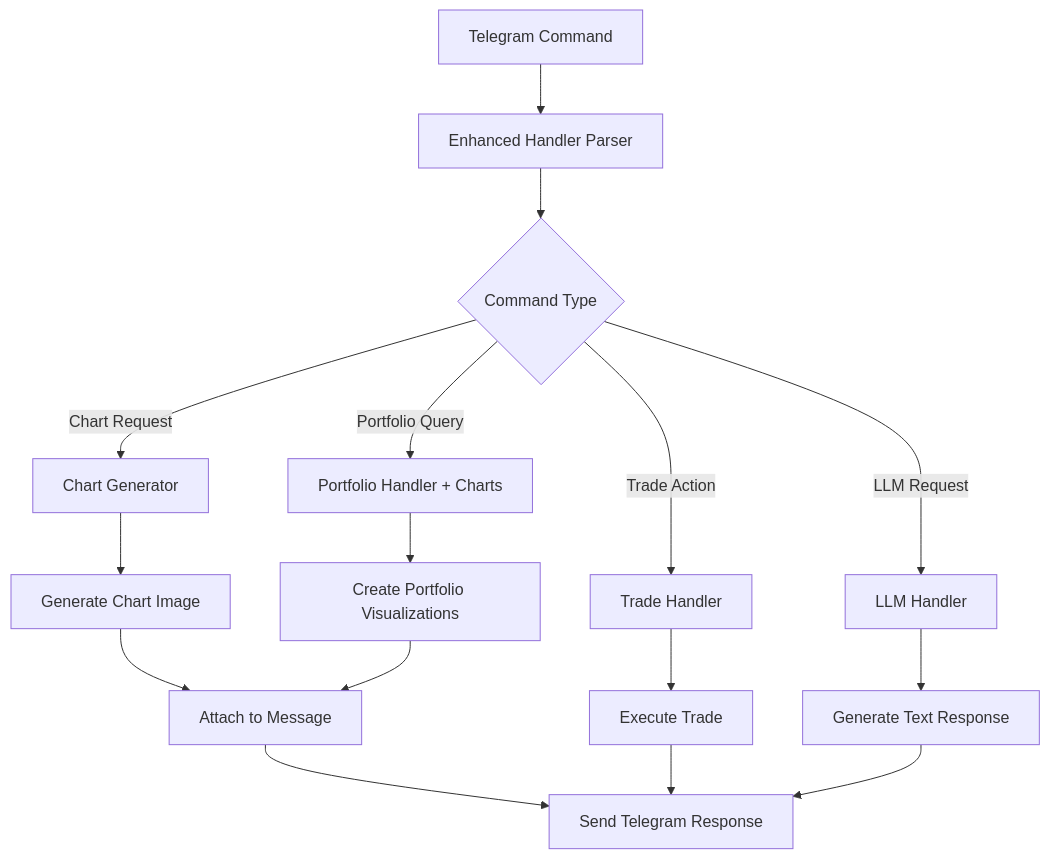
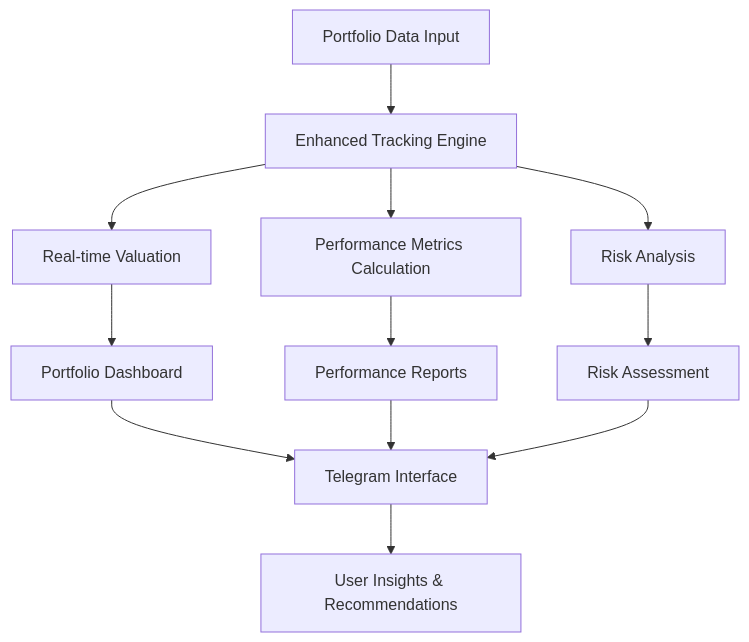
Before and after one commit to ZengSeng/telegram-bot: the third of 7 diagrams in .qoder/repowiki/en/content/Core Components/Stock Trading Bot.md, drawn with Mermaid. The commit also changed other lines of this file and 10 other files, not shown here.

````diff
--- a/.qoder/repowiki/en/content/Core Components/Stock Trading Bot.md
+++ b/.qoder/repowiki/en/content/Core Components/Stock Trading Bot.md
@@ -381,18 +387,14 @@
 ```mermaid
 flowchart TD
-A[Telegram Command] --> B[Enhanced Handler Parser]
-B --> C{Command Type}
-C --> |Chart Request| D[Chart Generator]
-C --> |Portfolio Query| E[Portfolio Handler + Charts]
-C --> |Trade Action| F[Trade Handler]
-C --> |LLM Request| G[LLM Handler]
-D --> H[Generate Chart Image]
-E --> I[Create Portfolio Visualizations]
-H --> J[Attach to Message]
-I --> J
-J --> K[Send Telegram Response]
-F --> L[Execute Trade]
-G --> M[Generate Text Response]
-L --> K
-M --> K
+A[Portfolio Data Input] --> B[Enhanced Tracking Engine]
+B --> C[Real-time Valuation]
+B --> D[Performance Metrics Calculation]
+B --> E[Risk Analysis]
+C --> F[Portfolio Dashboard]
+D --> G[Performance Reports]
+E --> H[Risk Assessment]
+F --> I[Telegram Interface]
+G --> I
+H --> I
+I --> J[User Insights & Recommendations]
 ```
````
